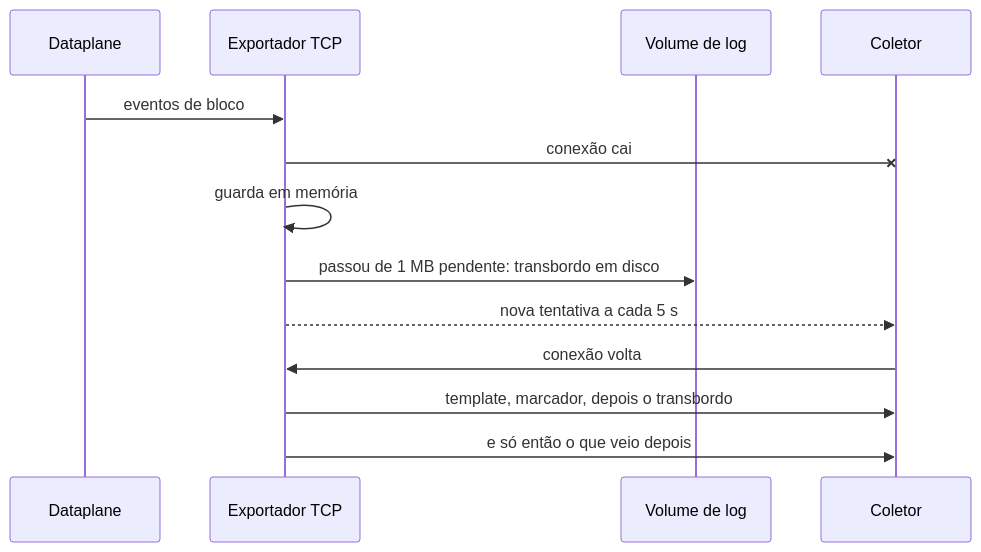
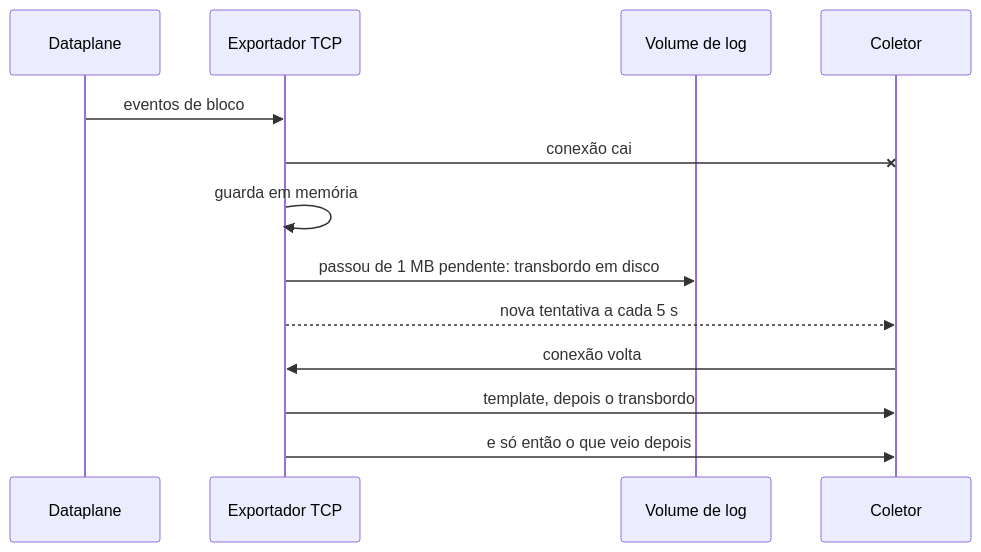
The third of 3 diagrams in wiki/operar/onde-vao-os-registros-coletor-transporte-e-guarda.md (andrediashexa/prismarouting), drawn with Mermaid before and after one commit. The commit also changed other lines of this file and 101 other files, not shown here.

````diff
--- a/wiki/operar/onde-vao-os-registros-coletor-transporte-e-guarda.md
+++ b/wiki/operar/onde-vao-os-registros-coletor-transporte-e-guarda.md
@@ -82,15 +83,15 @@
 ```mermaid
 sequenceDiagram
     participant D as Dataplane
     participant E as Exportador TCP
     participant V as Volume de log
     participant C as Coletor
     D->>E: eventos de bloco
     E-xC: conexão cai
     E->>E: guarda em memória
     E->>V: passou de 1 MB pendente: transbordo em disco
     E-->>C: nova tentativa a cada 5 s
     C->>E: conexão volta
-    E->>C: template, marcador, depois o transbordo
+    E->>C: template, depois o transbordo
     E->>C: e só então o que veio depois
 ```
````
